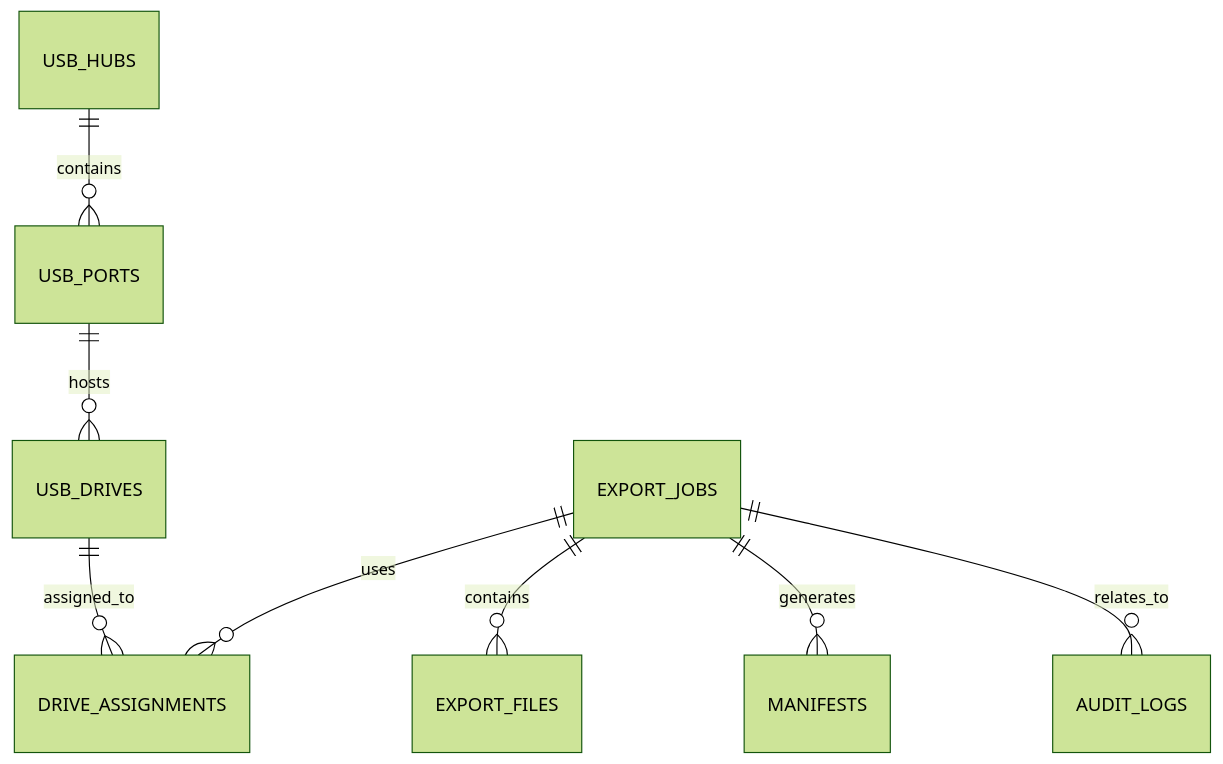
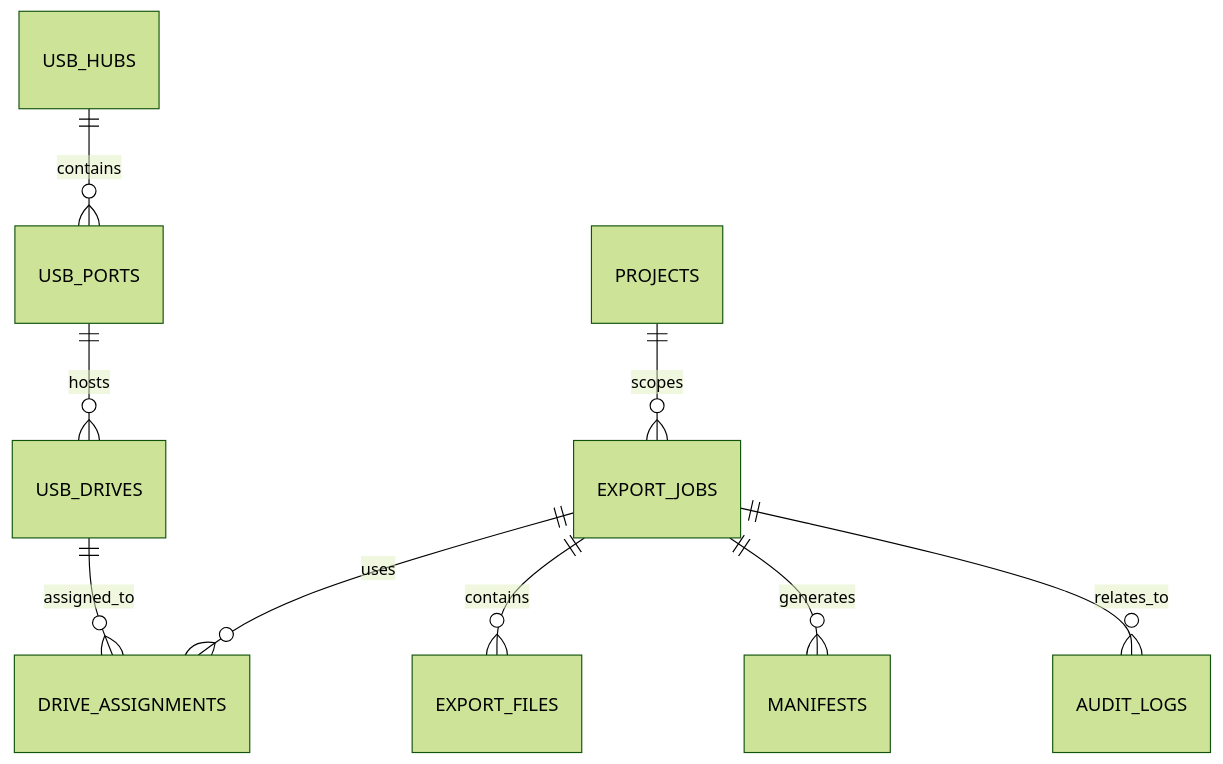
One commit to t3knoid/ecube changed the first of 4 diagrams in docs/operations/15-dba-data-model-reference.md. Above: the diagram before and after it, drawn with Mermaid (forest theme). The commit also changed other lines of this file, not shown here.

Commit message:
Document project records in the DBA schema reference

````diff
--- a/docs/operations/15-dba-data-model-reference.md
+++ b/docs/operations/15-dba-data-model-reference.md
@@ -39,10 +40,11 @@
 ```mermaid
 erDiagram
   USB_HUBS ||--o{ USB_PORTS : contains
   USB_PORTS ||--o{ USB_DRIVES : hosts
+  PROJECTS ||--o{ EXPORT_JOBS : scopes
   USB_DRIVES ||--o{ DRIVE_ASSIGNMENTS : assigned_to
   EXPORT_JOBS ||--o{ DRIVE_ASSIGNMENTS : uses
   EXPORT_JOBS ||--o{ EXPORT_FILES : contains
   EXPORT_JOBS ||--o{ MANIFESTS : generates
   EXPORT_JOBS ||--o{ AUDIT_LOGS : relates_to
 ```
````
